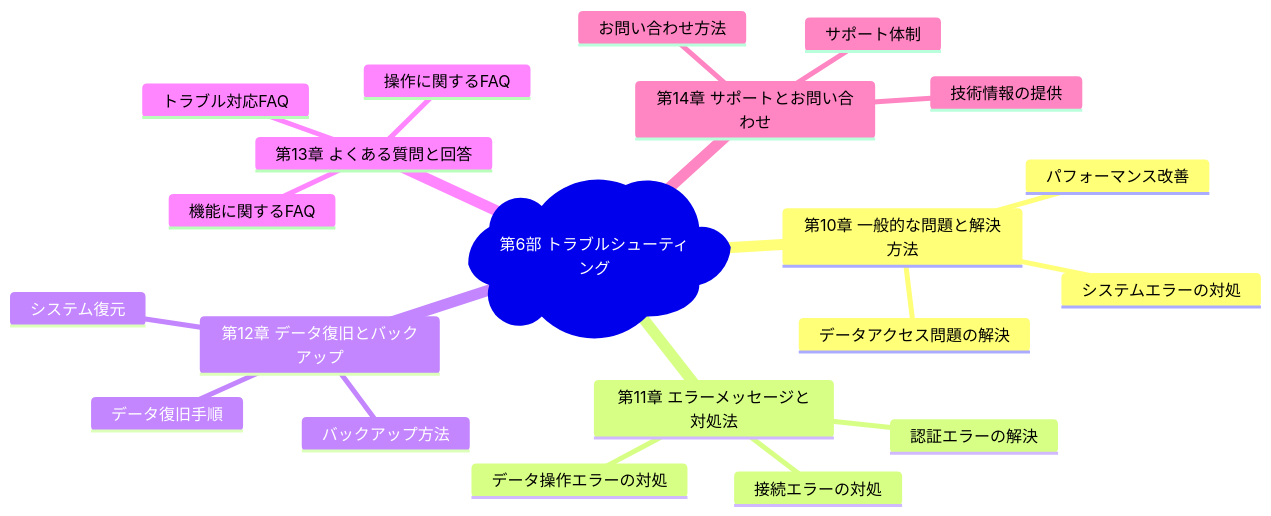
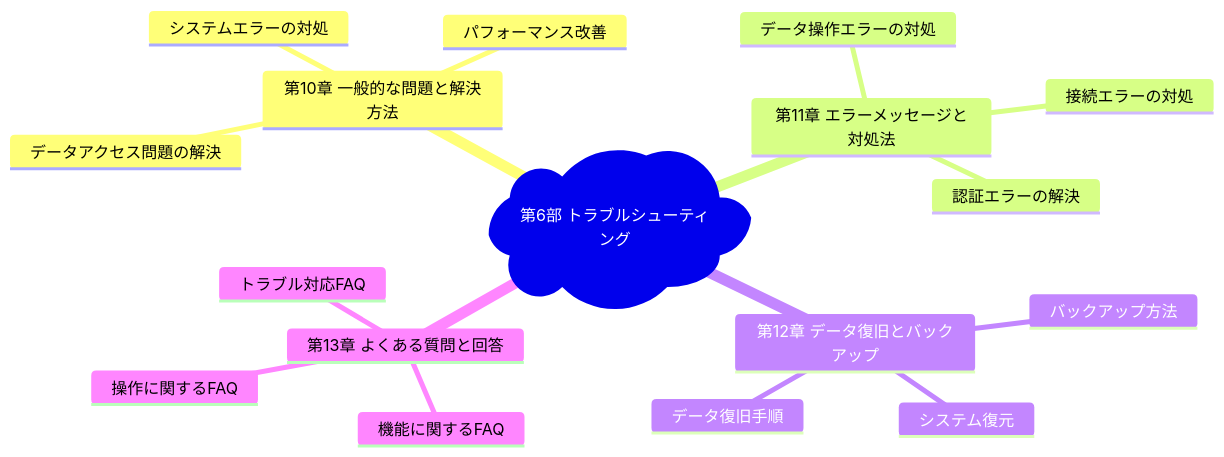
The first of 17 diagrams in docs/USER_MANUAL_COMPREHENSIVE/06_TROUBLESHOOTING.md (kubohiroya/hierarchidb), drawn with Mermaid before and after one commit. The commit also changed other lines of this file and 385 other files, not shown here.

````diff
--- a/docs/USER_MANUAL_COMPREHENSIVE/06_TROUBLESHOOTING.md
+++ b/docs/USER_MANUAL_COMPREHENSIVE/06_TROUBLESHOOTING.md
@@ -7,24 +7,20 @@
 ```mermaid
 mindmap
   root)第6部 トラブルシューティング(
     第10章 一般的な問題と解決方法
       システムエラーの対処
       データアクセス問題の解決
       パフォーマンス改善
     第11章 エラーメッセージと対処法
       接続エラーの対処
       認証エラーの解決
       データ操作エラーの対処
     第12章 データ復旧とバックアップ
       データ復旧手順
       バックアップ方法
       システム復元
     第13章 よくある質問と回答
       機能に関するFAQ
       操作に関するFAQ
       トラブル対応FAQ
-    第14章 サポートとお問い合わせ
-      サポート体制
-      お問い合わせ方法
-      技術情報の提供
 ```
````
